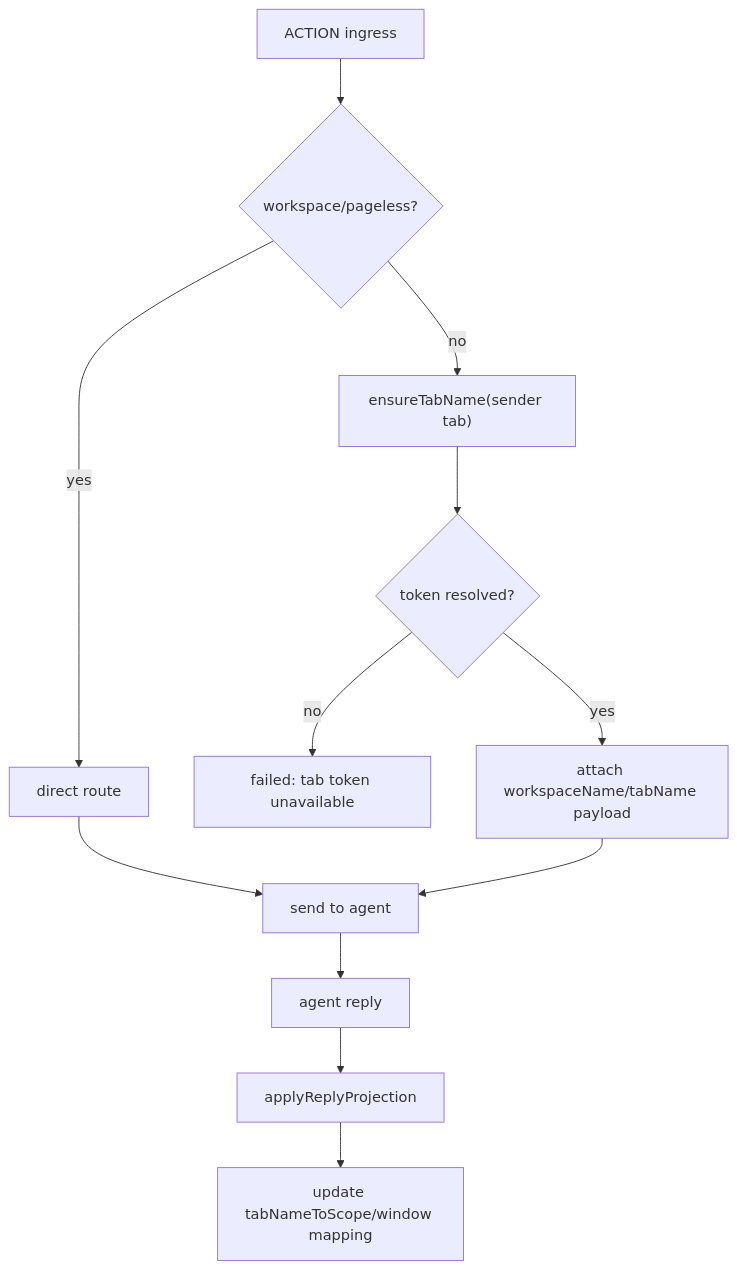
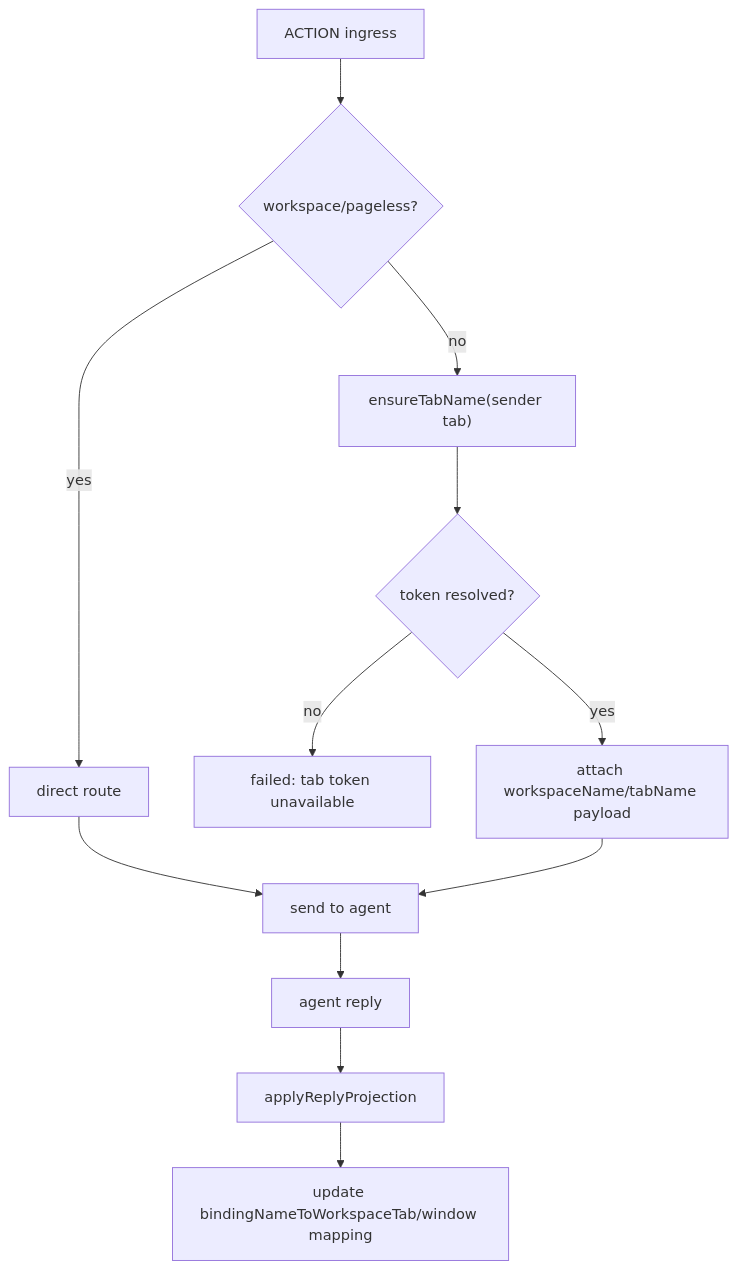
One commit to Aromatic05/rpa-browser changed the third of 3 diagrams in docs/Runtime/WorkspaceAndTab.md. Above: the diagram before and after it, drawn with Mermaid. The commit also changed other lines of this file and 82 other files, not shown here.

````diff
--- a/docs/Runtime/WorkspaceAndTab.md
+++ b/docs/Runtime/WorkspaceAndTab.md
@@ -119,14 +119,14 @@
 ```mermaid
 flowchart TD
   A["ACTION ingress"] --> B{"workspace/pageless?"}
   B -- yes --> C["direct route"]
   B -- no --> D["ensureTabName(sender tab)"]
   D --> E{"token resolved?"}
   E -- no --> F["failed: tab token unavailable"]
   E -- yes --> G["attach workspaceName/tabName payload"]
   C --> H["send to agent"]
   G --> H
   H --> I["agent reply"]
   I --> J["applyReplyProjection"]
-  J --> K["update tabNameToScope/window mapping"]
+  J --> K["update bindingNameToWorkspaceTab/window mapping"]
 ```
````
